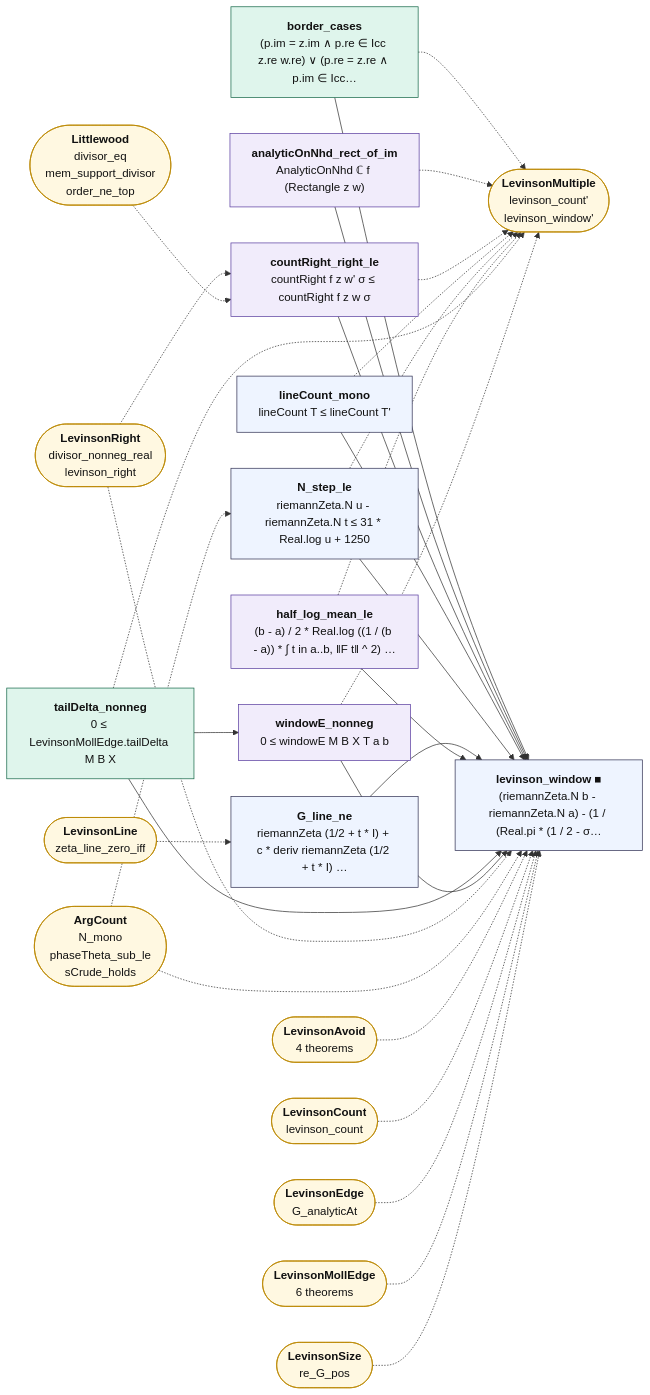
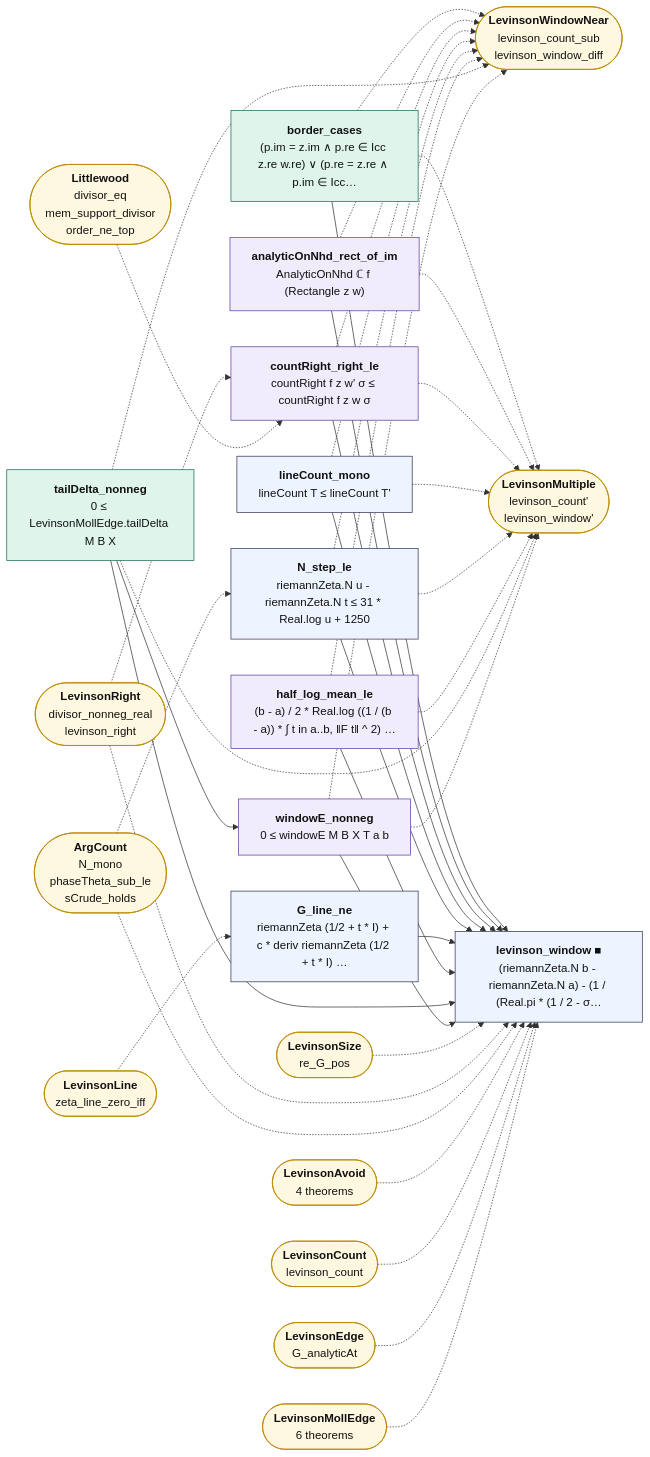
Before and after one commit to juliansambranojr/Primebeat_081426: the diagram in map/lean_stage3/LevinsonWindow.md, drawn with Mermaid. The commit also changed other lines of this file and 40 other files, not shown here.

````diff
--- a/map/lean_stage3/LevinsonWindow.md
+++ b/map/lean_stage3/LevinsonWindow.md
@@ -14,60 +14,69 @@
 ```mermaid
 flowchart LR
   n0["<b>border_cases</b><br/>(p.im = z.im ∧ p.re ∈ Icc z.re w.re) ∨ (p.re = z.re ∧ p.im ∈ Icc…"]:::cnt
   n1["<b>analyticOnNhd_rect_of_im</b><br/>AnalyticOnNhd ℂ f (Rectangle z w)"]:::shp
   n2["<b>countRight_right_le</b><br/>countRight f z w' σ ≤ countRight f z w σ"]:::shp
   n3["<b>lineCount_mono</b><br/>lineCount T ≤ lineCount T'"]:::thm
   n4["<b>N_step_le</b><br/>riemannZeta.N u - riemannZeta.N t ≤ 31 * Real.log u + 1250"]:::thm
   n5["<b>G_line_ne</b><br/>riemannZeta (1/2 + t * I) + c * deriv riemannZeta (1/2 + t * I) …"]:::thm
   n6["<b>half_log_mean_le</b><br/>(b - a) / 2 * Real.log ((1 / (b - a)) * ∫ t in a..b, ‖F t‖ ^ 2) …"]:::shp
   n7["<b>tailDelta_nonneg</b><br/>0 ≤ LevinsonMollEdge.tailDelta M B X"]:::cnt
   n8["<b>windowE_nonneg</b><br/>0 ≤ windowE M B X T a b"]:::shp
   n9["<b>levinson_window ■</b><br/>(riemannZeta.N b - riemannZeta.N a) - (1 / (Real.pi * (1 / 2 - σ…"]:::thm
   x0(["<b>LevinsonMultiple</b><br/>levinson_count'<br/>levinson_window'"]):::ext
-  x1(["<b>LevinsonRight</b><br/>divisor_nonneg_real<br/>levinson_right"]):::ext
-  x2(["<b>Littlewood</b><br/>divisor_eq<br/>mem_support_divisor<br/>order_ne_top"]):::ext
-  x3(["<b>ArgCount</b><br/>N_mono<br/>phaseTheta_sub_le<br/>sCrude_holds"]):::ext
-  x4(["<b>LevinsonLine</b><br/>zeta_line_zero_iff"]):::ext
-  x5(["<b>LevinsonAvoid</b><br/>4 theorems"]):::ext
-  x6(["<b>LevinsonCount</b><br/>levinson_count"]):::ext
-  x7(["<b>LevinsonEdge</b><br/>G_analyticAt"]):::ext
-  x8(["<b>LevinsonMollEdge</b><br/>6 theorems"]):::ext
-  x9(["<b>LevinsonSize</b><br/>re_G_pos"]):::ext
+  x1(["<b>LevinsonWindowNear</b><br/>levinson_count_sub<br/>levinson_window_diff"]):::ext
+  x2(["<b>LevinsonRight</b><br/>divisor_nonneg_real<br/>levinson_right"]):::ext
+  x3(["<b>Littlewood</b><br/>divisor_eq<br/>mem_support_divisor<br/>order_ne_top"]):::ext
+  x4(["<b>ArgCount</b><br/>N_mono<br/>phaseTheta_sub_le<br/>sCrude_holds"]):::ext
+  x5(["<b>LevinsonLine</b><br/>zeta_line_zero_iff"]):::ext
+  x6(["<b>LevinsonAvoid</b><br/>4 theorems"]):::ext
+  x7(["<b>LevinsonCount</b><br/>levinson_count"]):::ext
+  x8(["<b>LevinsonEdge</b><br/>G_analyticAt"]):::ext
+  x9(["<b>LevinsonMollEdge</b><br/>6 theorems"]):::ext
+  x10(["<b>LevinsonSize</b><br/>re_G_pos"]):::ext
   n0 --> n9
   n1 --> n9
   n2 --> n9
   n3 --> n9
   n4 --> n9
   n5 --> n9
   n6 --> n9
   n7 --> n8
   n7 --> n9
   n8 --> n9
   n0 -.-> x0
+  n0 -.-> x1
   n1 -.-> x0
+  n1 -.-> x1
   n2 -.-> x0
+  n2 -.-> x1
   n3 -.-> x0
+  n3 -.-> x1
   n4 -.-> x0
+  n4 -.-> x1
   n6 -.-> x0
+  n6 -.-> x1
   n7 -.-> x0
+  n7 -.-> x1
   n8 -.-> x0
-  x1 -.-> n2
-  x1 -.-> n9
+  n8 -.-> x1
+  x10 -.-> n9
   x2 -.-> n2
-  x3 -.-> n4
-  x3 -.-> n9
-  x4 -.-> n5
-  x5 -.-> n9
+  x2 -.-> n9
+  x3 -.-> n2
+  x4 -.-> n4
+  x4 -.-> n9
+  x5 -.-> n5
   x6 -.-> n9
   x7 -.-> n9
   x8 -.-> n9
   x9 -.-> n9
   classDef cnt fill:#dff5ec,stroke:#17694a,color:#111
   classDef shp fill:#f1ecfb,stroke:#5b3fa0,color:#111
   classDef rh fill:#ffe5e5,stroke:#c22,color:#111,stroke-width:2px
   classDef thm fill:#eef4ff,stroke:#335,color:#111
   classDef end_ fill:#e7f7e7,stroke:#2a7,color:#111,stroke-width:2px
   classDef lone fill:#fff,stroke:#999,color:#111,stroke-dasharray:4 3
   classDef bad fill:#ffe5e5,stroke:#c22,color:#111,stroke-width:2px
   classDef ext fill:#fff8e1,stroke:#b80,color:#111
 ```
````
